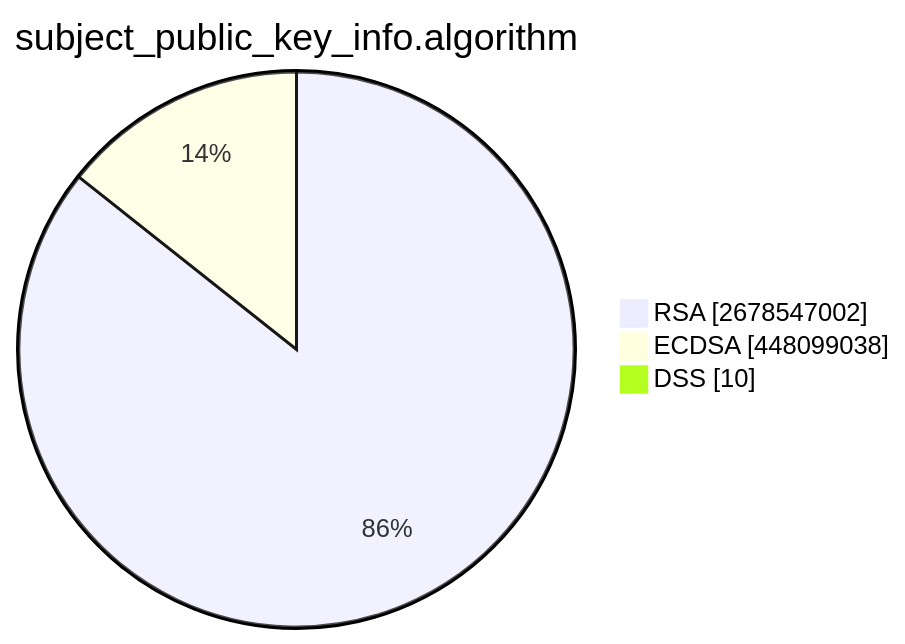
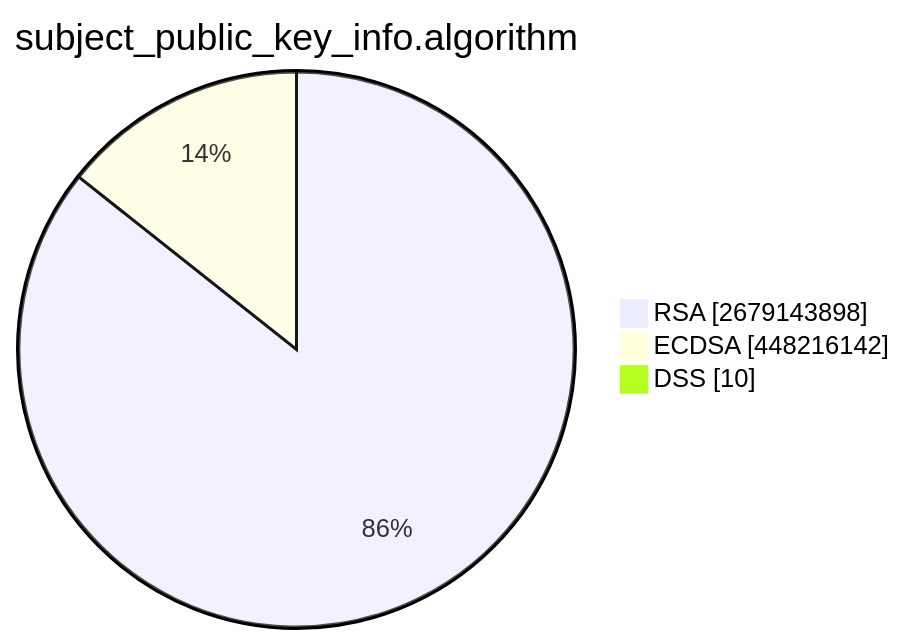
One commit to christiankrug/ctmonitor_visualization changed the second of 15 diagrams in TOTAL/README.md. Above: the diagram before and after it, drawn with Mermaid. The commit also changed other lines of this file, not shown here.

````diff
--- a/TOTAL/README.md
+++ b/TOTAL/README.md
@@ -6,7 +6,7 @@
 ```mermaid
 pie showData
 title subject_public_key_info.algorithm
-"RSA" :2678547002
-"ECDSA" :448099038
+"RSA" :2679143898
+"ECDSA" :448216142
 "DSS" :10
 ```
````
